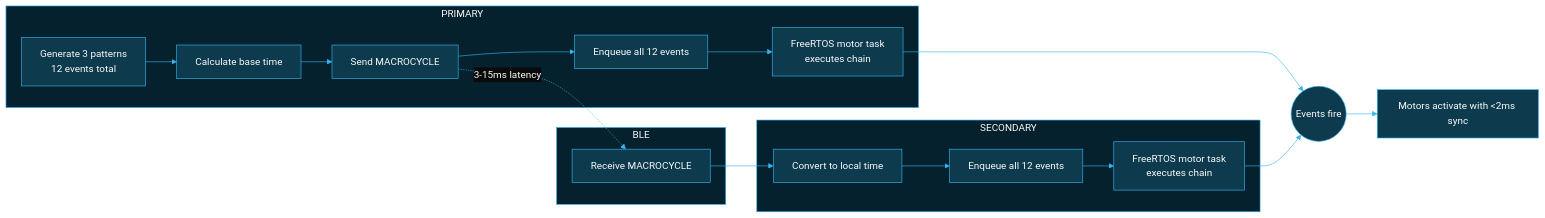
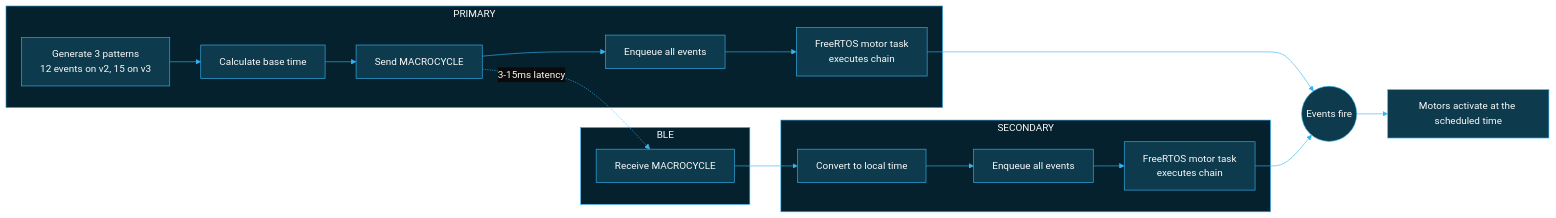
One commit to BlueBuzzah/BlueBuzzah-Firmware changed the third of 5 diagrams in docs/SYNCHRONIZATION_PROTOCOL.md. Above: the diagram before and after it, drawn with Mermaid. The commit also changed other lines of this file and 12 other files, not shown here.

````diff
--- a/docs/SYNCHRONIZATION_PROTOCOL.md
+++ b/docs/SYNCHRONIZATION_PROTOCOL.md
@@ -285,38 +284,38 @@
 ```mermaid
 %%{init: {'theme': 'base', 'themeVariables': {
   'primaryColor': '#0d3a4d',
   'primaryTextColor': '#fafafa',
   'primaryBorderColor': '#35B6F2',
   'lineColor': '#35B6F2',
   'secondaryColor': '#05212D',
   'tertiaryColor': '#0a0a0a',
   'background': '#0a0a0a',
   'mainBkg': '#0d3a4d',
   'nodeBorder': '#35B6F2',
   'clusterBkg': '#05212D',
   'clusterBorder': '#35B6F2',
   'titleColor': '#fafafa',
   'edgeLabelBackground': '#0a0a0a'
 }}}%%
 flowchart LR
     subgraph PRIMARY
-        A[Generate 3 patterns<br/>12 events total] --> B[Calculate base time]
+        A[Generate 3 patterns<br/>12 events on v2, 15 on v3] --> B[Calculate base time]
         B --> C[Send MACROCYCLE]
-        C --> D[Enqueue all 12 events]
+        C --> D[Enqueue all events]
         D --> E[FreeRTOS motor task<br/>executes chain]
     end
 
     subgraph BLE
         C -.->|3-15ms latency| F
     end
 
     subgraph SECONDARY
         F[Receive MACROCYCLE] --> G[Convert to local time]
-        G --> H[Enqueue all 12 events]
+        G --> H[Enqueue all events]
         H --> I[FreeRTOS motor task<br/>executes chain]
     end
 
     E --> J((Events fire))
     I --> J
-    J --> K[Motors activate with <2ms sync]
+    J --> K[Motors activate at the scheduled time]
 ```
````
